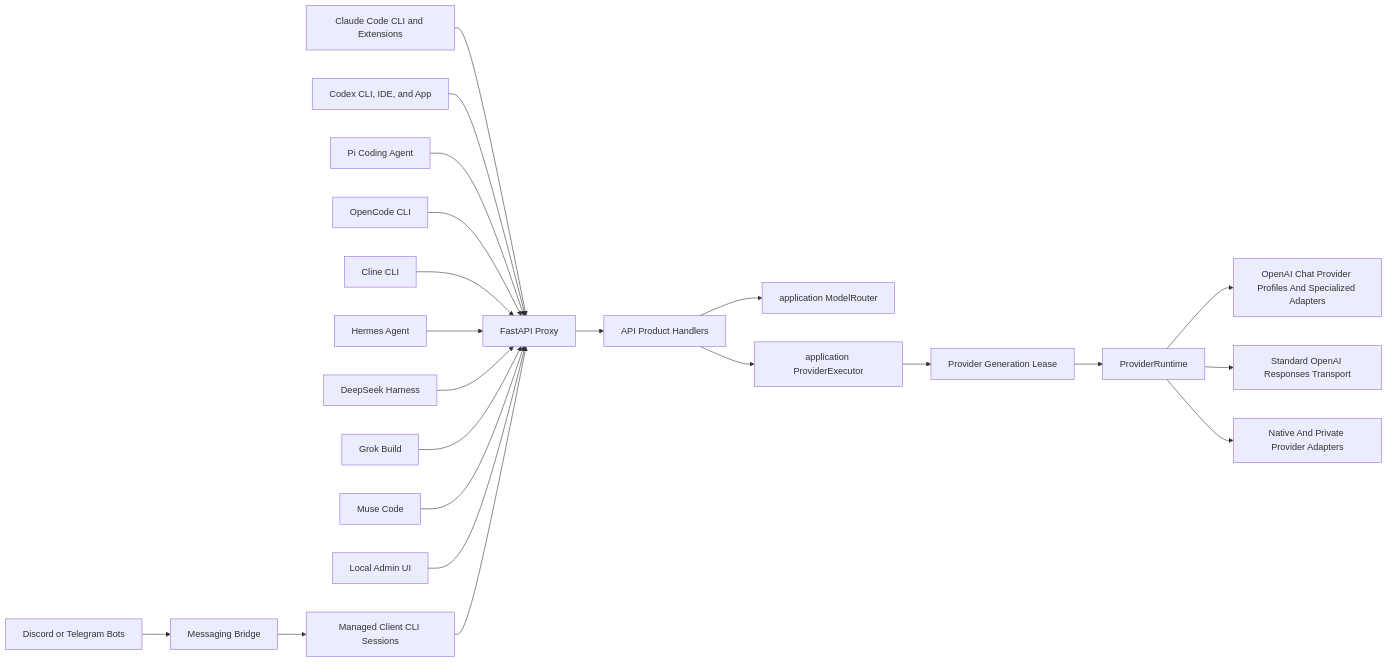
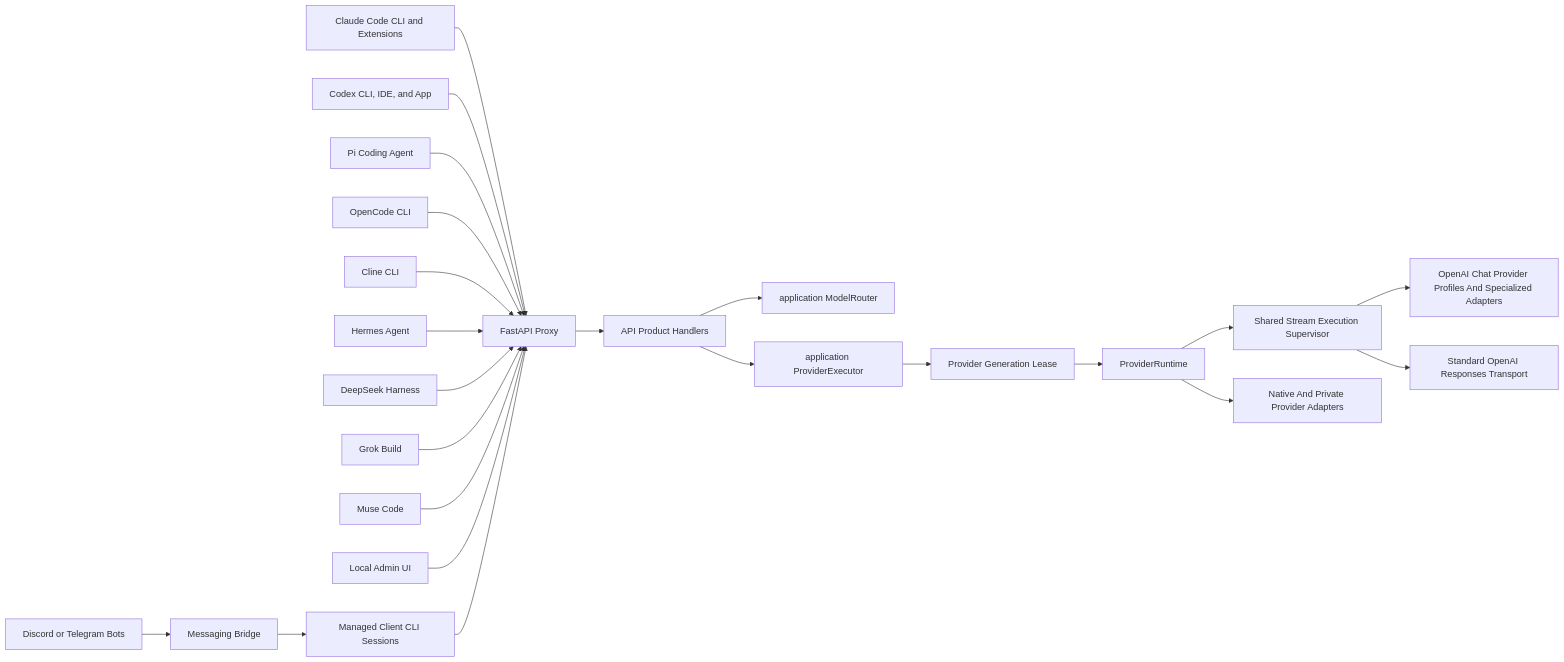
Before and after one commit to MysticCoss/free-claude-code: the first of 3 diagrams in ARCHITECTURE.md, drawn with Mermaid. The commit also changed other lines of this file and 18 other files, not shown here.

First line of the commit message:
Share Chat and Responses stream execution lifecycle (#1546)

````diff
--- a/ARCHITECTURE.md
+++ b/ARCHITECTURE.md
@@ -29,24 +29,25 @@
 ```mermaid
 flowchart LR
     ClaudeCode[Claude Code CLI and Extensions] --> ProxyAPI[FastAPI Proxy]
     Codex[Codex CLI, IDE, and App] --> ProxyAPI
     Pi[Pi Coding Agent] --> ProxyAPI
     OpenCode[OpenCode CLI] --> ProxyAPI
     Cline[Cline CLI] --> ProxyAPI
     Hermes[Hermes Agent] --> ProxyAPI
     DSH[DeepSeek Harness] --> ProxyAPI
     Grok[Grok Build] --> ProxyAPI
     Muse[Muse Code] --> ProxyAPI
     AdminUI[Local Admin UI] --> ProxyAPI
     Bots[Discord or Telegram Bots] --> Messaging[Messaging Bridge]
     Messaging --> ClientCLI[Managed Client CLI Sessions]
     ClientCLI --> ProxyAPI
     ProxyAPI --> Handlers[API Product Handlers]
     Handlers --> Router[application ModelRouter]
     Handlers --> Executor[application ProviderExecutor]
     Executor --> Lease[Provider Generation Lease]
     Lease --> Providers[ProviderRuntime]
-    Providers --> OpenAIChat[OpenAI Chat Provider Profiles And Specialized Adapters]
-    Providers --> OpenAIResponses[Standard OpenAI Responses Transport]
+    Providers --> StreamSupervisor[Shared Stream Execution Supervisor]
+    StreamSupervisor --> OpenAIChat[OpenAI Chat Provider Profiles And Specialized Adapters]
+    StreamSupervisor --> OpenAIResponses[Standard OpenAI Responses Transport]
     Providers --> NativeProviders[Native And Private Provider Adapters]
 ```
````
